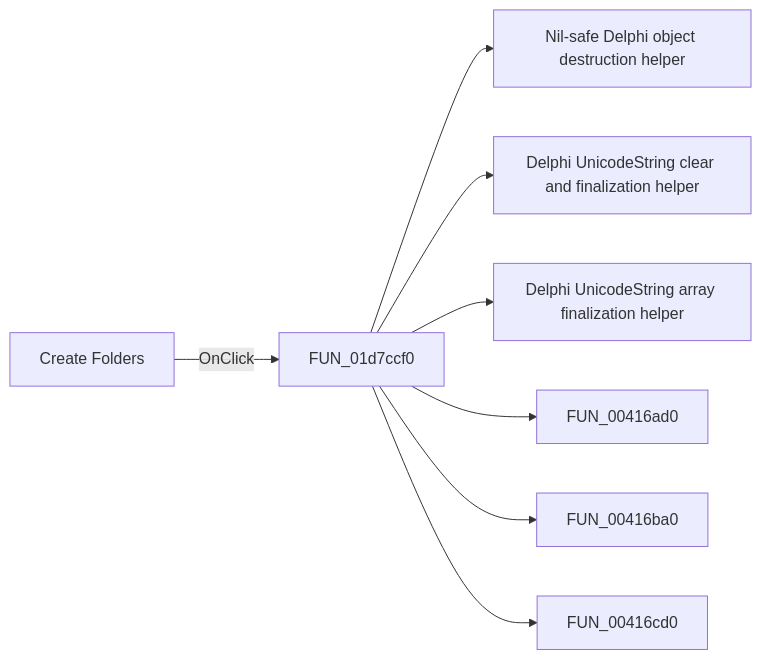
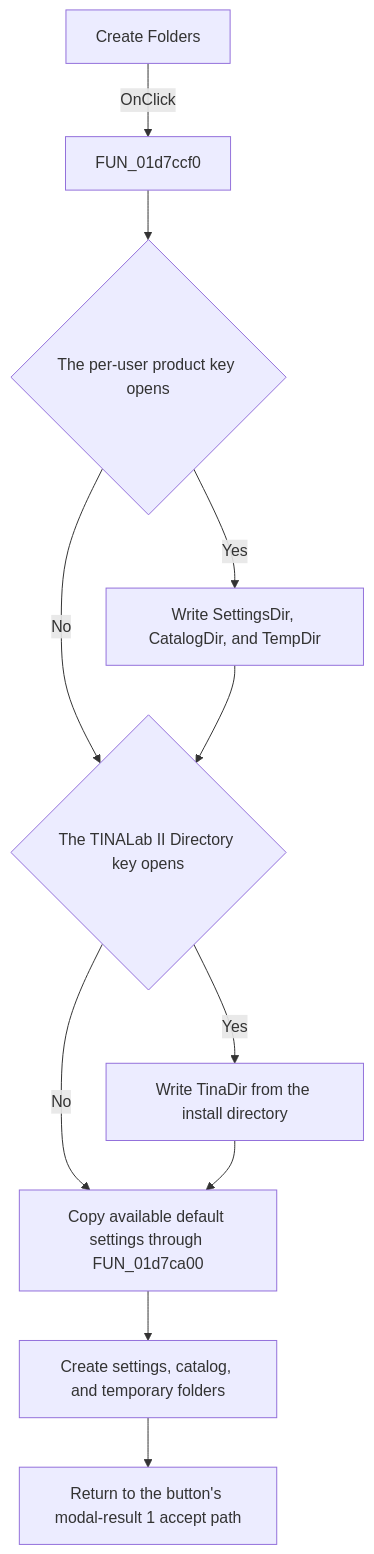
The diagram in docs/ui-controls/frmsetenvvars/btncreateenvvars-69d75367ca.md (MovGP0/TIARA), drawn with Mermaid before and after one commit. The commit also changed other lines of this file and 387 other files, not shown here.

````diff
--- a/docs/ui-controls/frmsetenvvars/btncreateenvvars-69d75367ca.md
+++ b/docs/ui-controls/frmsetenvvars/btncreateenvvars-69d75367ca.md
@@ -27,10 +69,13 @@
 ```mermaid
-flowchart LR
+flowchart TD
     control["Create Folders"] -->|OnClick| handler["FUN_01d7ccf0"]
-    handler --> call1["Nil-safe Delphi object destruction helper"]
-    handler --> call2["Delphi UnicodeString clear and finalization helper"]
-    handler --> call3["Delphi UnicodeString array finalization helper"]
-    handler --> call4["FUN_00416ad0"]
-    handler --> call5["FUN_00416ba0"]
-    handler --> call6["FUN_00416cd0"]
+    handler --> productKey{"The per-user product key opens"}
+    productKey -->|Yes| values["Write SettingsDir, CatalogDir, and TempDir"]
+    productKey -->|No| labKey
+    values --> labKey{"The TINALab II Directory key opens"}
+    labKey -->|Yes| tinaDir["Write TinaDir from the install directory"]
+    labKey -->|No| defaults
+    tinaDir --> defaults["Copy available default settings through FUN_01d7ca00"]
+    defaults --> folders["Create settings, catalog, and temporary folders"]
+    folders --> accept["Return to the button's modal-result 1 accept path"]
 ```
````
